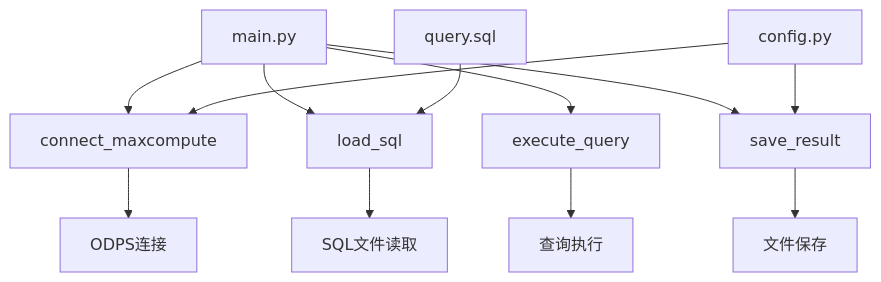
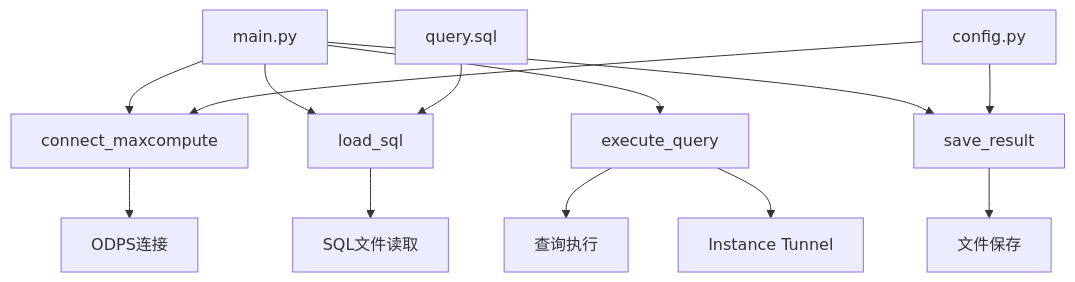
Before and after one commit to sd99886/test: the seventh of 10 diagrams in .qoder/repowiki/zh/content/Notebook使用指南.md, drawn with Mermaid. The commit also changed other lines of this file and 195 other files, not shown here.

````diff
--- a/.qoder/repowiki/zh/content/Notebook使用指南.md
+++ b/.qoder/repowiki/zh/content/Notebook使用指南.md
@@ -271,14 +296,15 @@
 ```mermaid
 graph TB
 A[main.py] --> B[connect_maxcompute]
 A --> C[load_sql]
 A --> D[execute_query]
 A --> E[save_result]
 B --> F[ODPS连接]
 C --> G[SQL文件读取]
 D --> H[查询执行]
-E --> I[文件保存]
-J[config.py] --> B
-J --> E
-K[query.sql] --> C
+D --> I[Instance Tunnel]
+E --> J[文件保存]
+K[config.py] --> B
+K --> E
+L[query.sql] --> C
 ```
````
